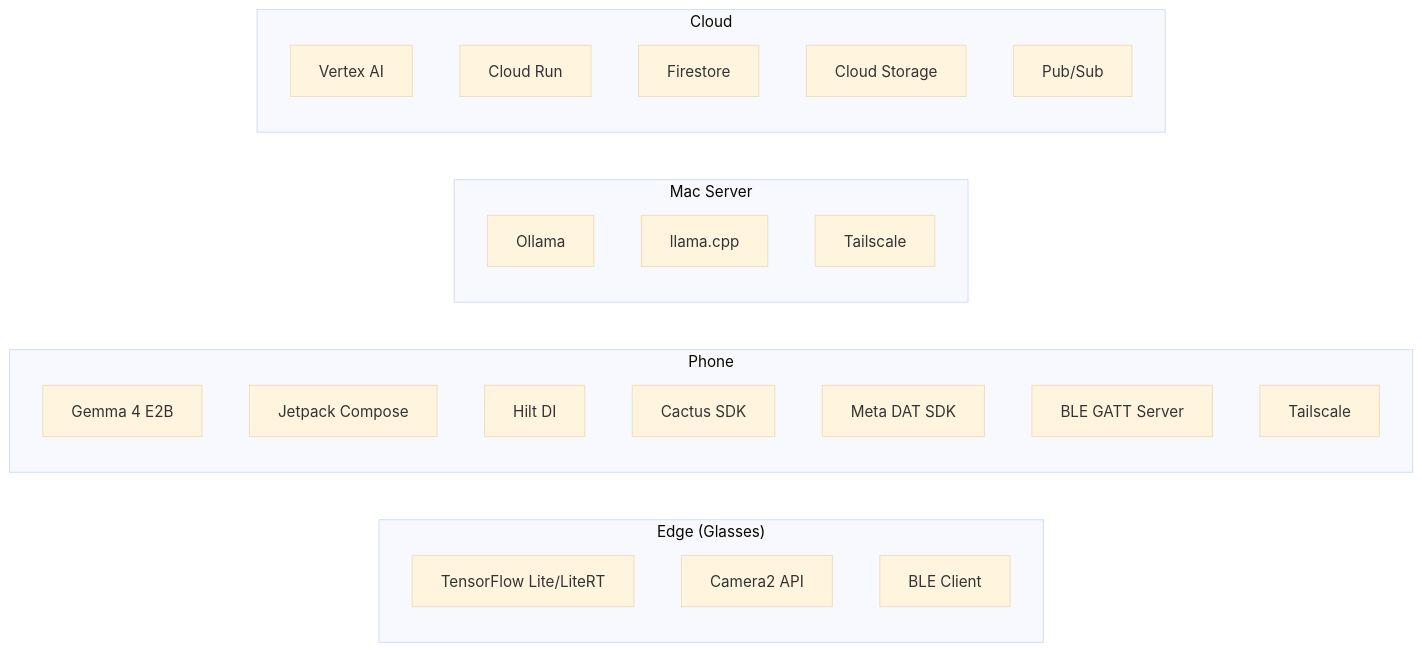
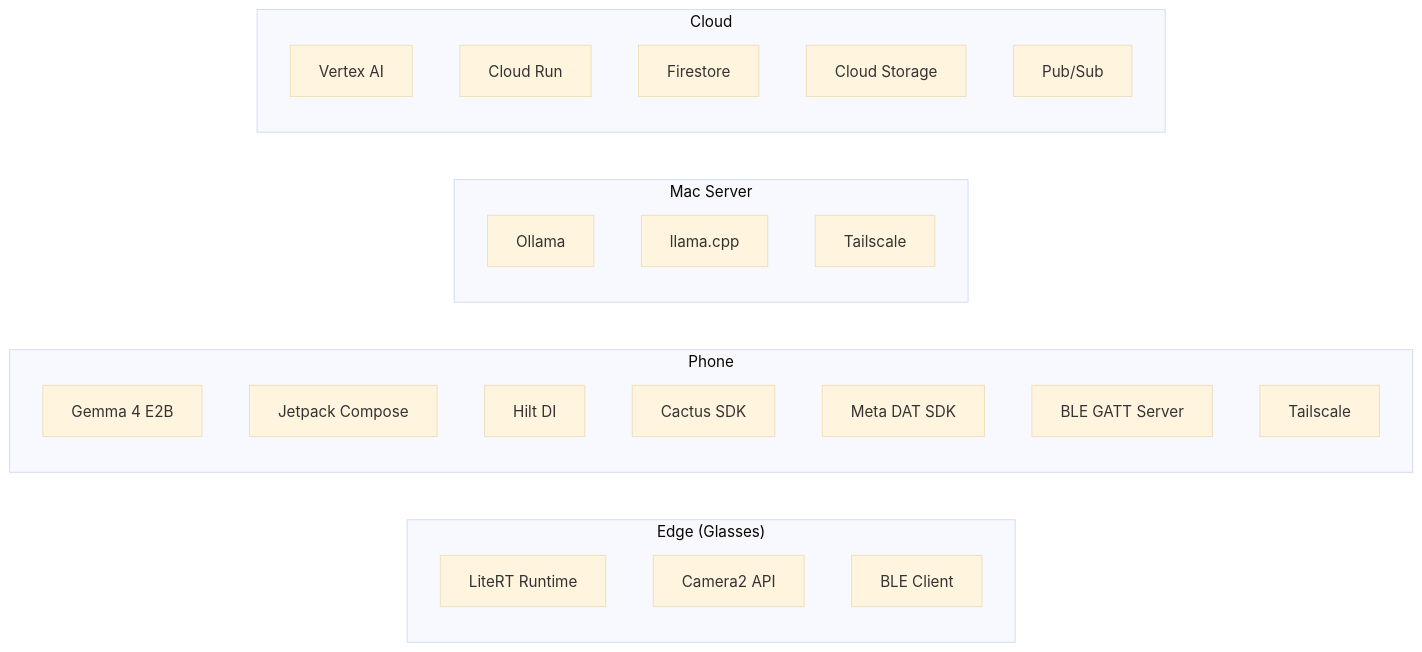
The eighth of 10 diagrams in docs/technical/architecture.md (AlexiosBluffMara/Duchess), drawn with Mermaid (base theme) before and after one commit. The commit also changed other lines of this file and 41 other files, not shown here.

First line of the commit message:
chore(deps): migrate TFLite → LiteRT across entire codebase

````diff
--- a/docs/technical/architecture.md
+++ b/docs/technical/architecture.md
@@ -250,32 +250,32 @@
 ```mermaid
 graph LR
     subgraph "Edge (Glasses)"
-        TFLite[TensorFlow Lite/LiteRT]
+        LiteRT[LiteRT Runtime]
         CAM2[Camera2 API]
         BLE_C[BLE Client]
     end
 
     subgraph "Phone"
         GEMMA_P[Gemma 4 E2B]
         COMPOSE[Jetpack Compose]
         HILT[Hilt DI]
         CACTUS[Cactus SDK]
         DAT[Meta DAT SDK]
         BLE_S[BLE GATT Server]
         TS_P[Tailscale]
     end
 
     subgraph "Mac Server"
         OLLAMA[Ollama]
         LLAMA_CPP[llama.cpp]
         TS_M[Tailscale]
     end
 
     subgraph "Cloud"
         VERTEX[Vertex AI]
         CLOUD_RUN[Cloud Run]
         FIRESTORE[Firestore]
         GCS[Cloud Storage]
         PUBSUB[Pub/Sub]
     end
 ```
````
